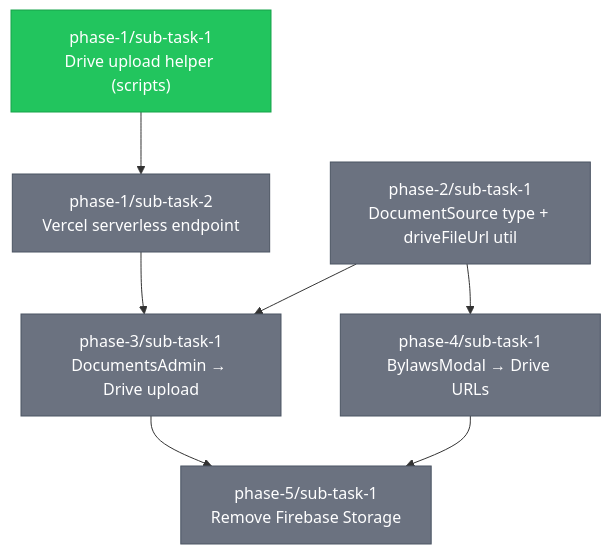
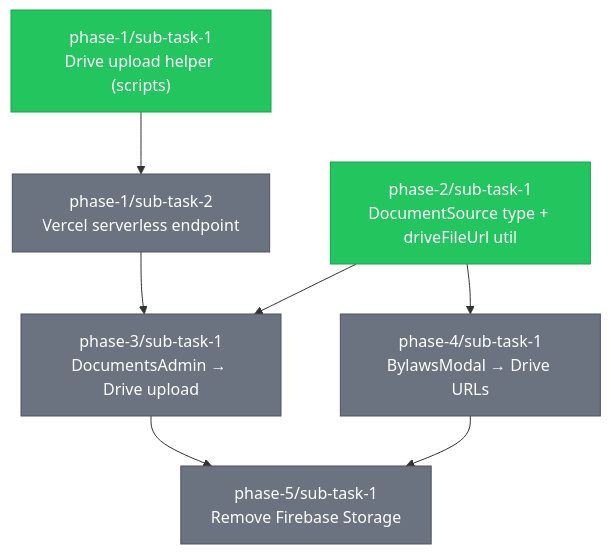
One commit to Bagwell-Oil-Imaging/late-night-happy-hour-league-site changed the diagram in .claude/tasks/TASKS.md. Above: the diagram before and after it, drawn with Mermaid. The commit also changed other lines of this file and 1 other file, not shown here.

````diff
--- a/.claude/tasks/TASKS.md
+++ b/.claude/tasks/TASKS.md
@@ -18,40 +18,40 @@
 ```mermaid
 graph TD
     %% Phase 1: Infrastructure
     P1T1["phase-1/sub-task-1<br/>Drive upload helper (scripts)"]
     P1T2["phase-1/sub-task-2<br/>Vercel serverless endpoint"]
 
     %% Phase 2: Types & Utilities
     P2T1["phase-2/sub-task-1<br/>DocumentSource type + driveFileUrl util"]
 
     %% Phase 3: Admin UI
     P3T1["phase-3/sub-task-1<br/>DocumentsAdmin → Drive upload"]
 
     %% Phase 4: Frontend
     P4T1["phase-4/sub-task-1<br/>BylawsModal → Drive URLs"]
 
     %% Phase 5: Cleanup
     P5T1["phase-5/sub-task-1<br/>Remove Firebase Storage"]
 
     %% Dependencies
     P1T1 --> P1T2
     P1T2 --> P3T1
     P2T1 --> P3T1
     P2T1 --> P4T1
     P3T1 --> P5T1
     P4T1 --> P5T1
 
     %% Status styling
     classDef completed fill:#22c55e,stroke:#16a34a,color:#fff
     classDef inprogress fill:#eab308,stroke:#ca8a04,color:#fff
     classDef pending fill:#6b7280,stroke:#4b5563,color:#fff
     classDef blocked fill:#ef4444,stroke:#dc2626,color:#fff
 
     %% Apply status classes
     class P1T1 completed
     class P1T2 pending
-    class P2T1 pending
+    class P2T1 completed
     class P3T1 pending
     class P4T1 pending
     class P5T1 pending
 ```
````
